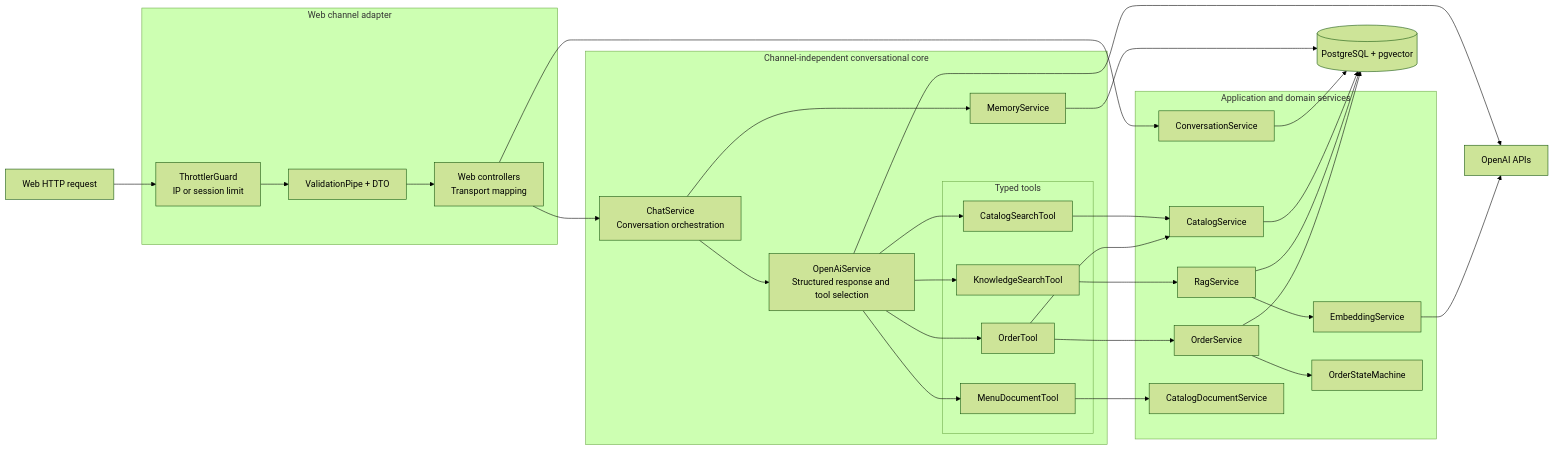
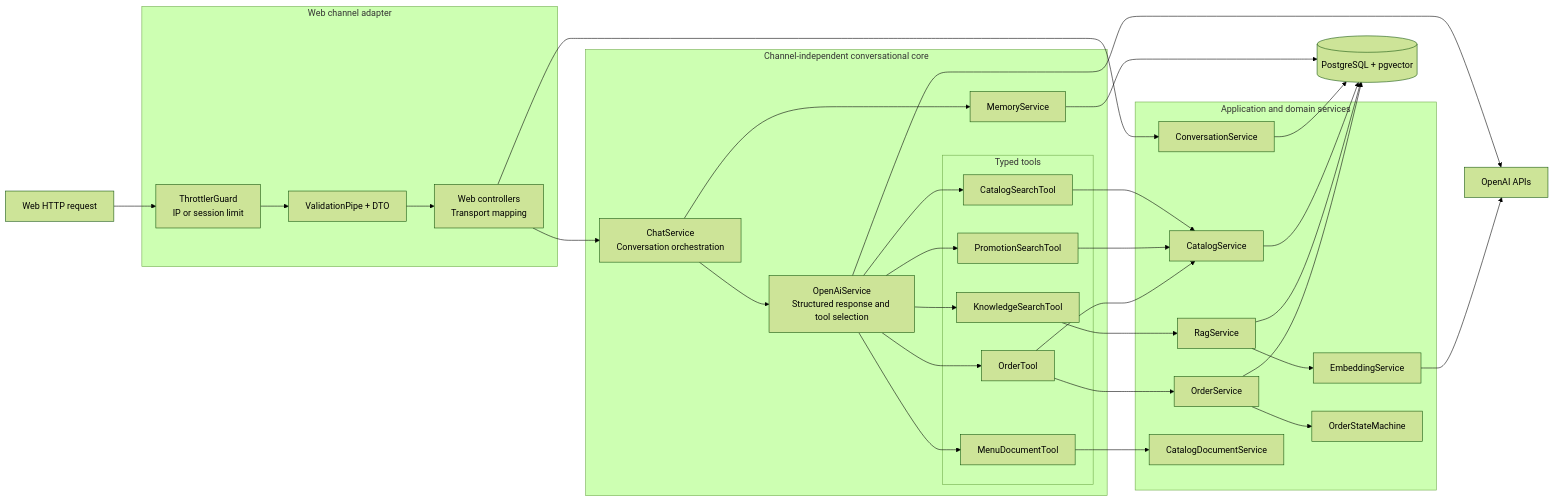
The third of 5 diagrams in ARCHITECTURE.md (juanjosechiroque/nestjs-multichannel-ai-chatbot-engine), drawn with Mermaid (forest theme) before and after one commit. The commit also changed other lines of this file and 25 other files, not shown here.

Commit message:
feat: add time-aware promotion search

````diff
--- a/ARCHITECTURE.md
+++ b/ARCHITECTURE.md
@@ -57,49 +57,51 @@
 ```mermaid
 flowchart LR
     request["Web HTTP request"]
 
     subgraph channel["Web channel adapter"]
         limit["ThrottlerGuard<br/>IP or session limit"]
         validation["ValidationPipe + DTO"]
         controller["Web controllers<br/>Transport mapping"]
     end
 
     subgraph core["Channel-independent conversational core"]
         chat["ChatService<br/>Conversation orchestration"]
         provider["OpenAiService<br/>Structured response and tool selection"]
         memory["MemoryService"]
 
         subgraph tools["Typed tools"]
             catalogTool["CatalogSearchTool"]
+            promotionTool["PromotionSearchTool"]
             knowledgeTool["KnowledgeSearchTool"]
             menuTool["MenuDocumentTool"]
             orderTool["OrderTool"]
         end
     end
 
     subgraph domain["Application and domain services"]
         conversation["ConversationService"]
         catalog["CatalogService"]
         rag["RagService"]
         embedding["EmbeddingService"]
         orders["OrderService"]
         state["OrderStateMachine"]
         document["CatalogDocumentService"]
     end
 
     postgres[("PostgreSQL + pgvector")]
     openai["OpenAI APIs"]
 
     request --> limit --> validation --> controller
     controller --> conversation --> postgres
     controller --> chat
     chat --> memory --> postgres
     chat --> provider --> openai
     provider --> catalogTool --> catalog --> postgres
+    provider --> promotionTool --> catalog
     provider --> knowledgeTool --> rag --> postgres
     rag --> embedding --> openai
     provider --> menuTool --> document
     provider --> orderTool --> catalog
     orderTool --> orders --> state
     orders --> postgres
 ```
````
